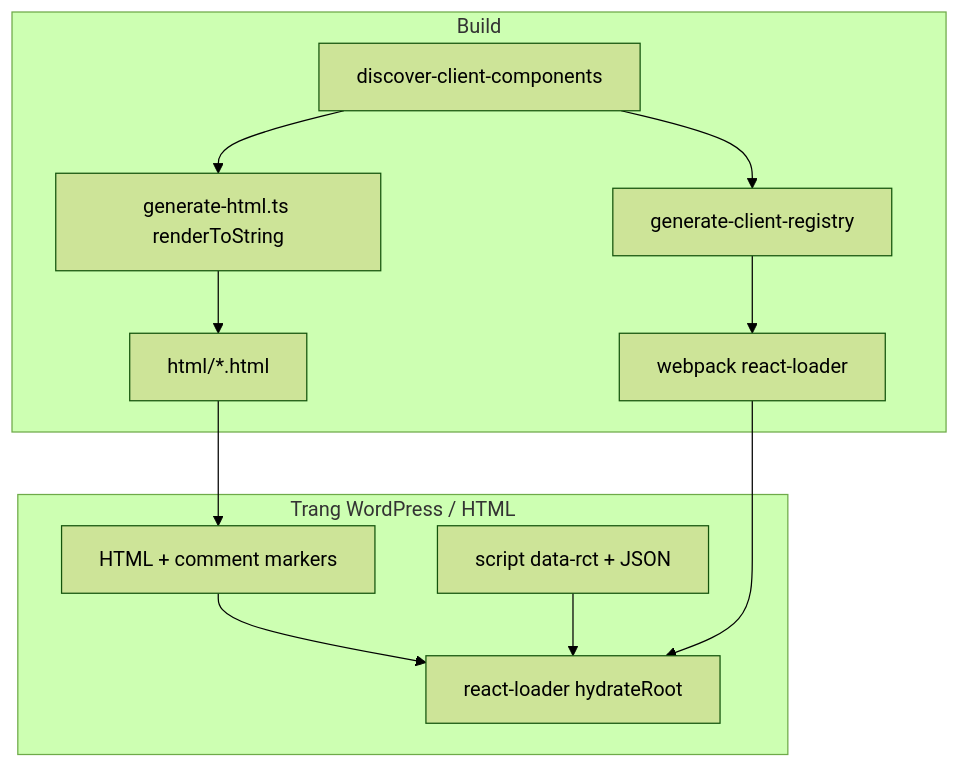
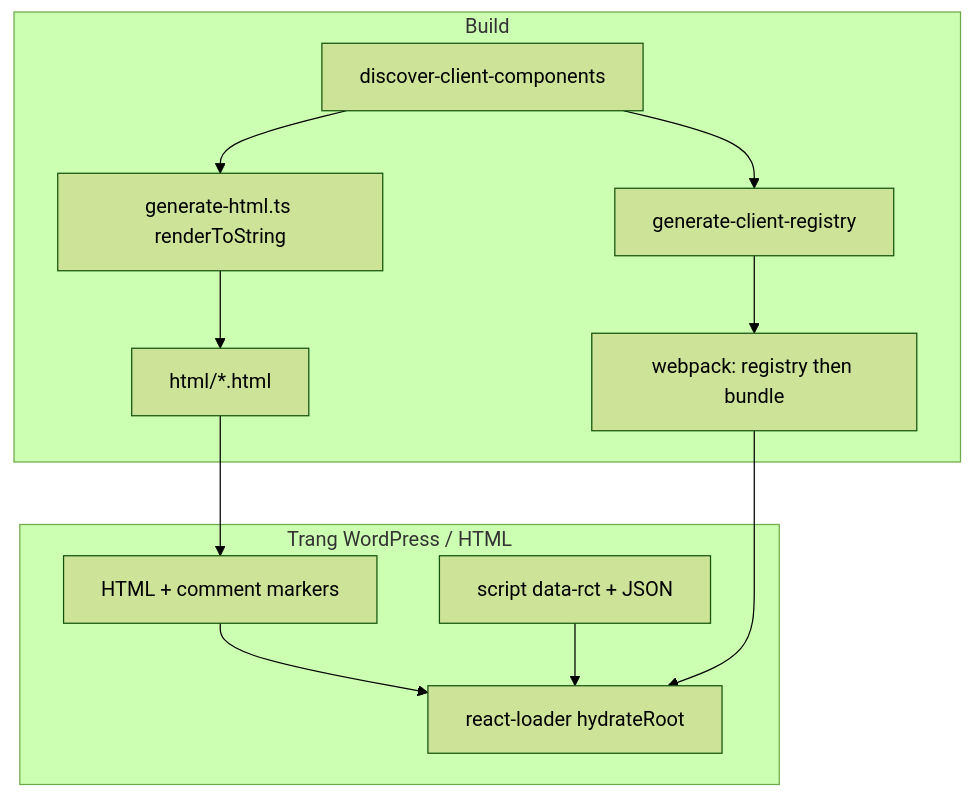
One commit to lehung1109/api-rc changed the diagram in README.md. Above: the diagram before and after it, drawn with Mermaid (forest theme). The commit also changed other lines of this file and 2 other files, not shown here.

Commit message:
Enhance build process by modifying package.json scripts for improved client registry generation; add GenerateClientRegistryPlugin to webpack configuration for automatic registry updates during compilation. Update README to reflect changes in build commands and client component registration flow.

````diff
--- a/README.md
+++ b/README.md
@@ -7,21 +7,22 @@
 ```mermaid
 flowchart TB
   subgraph build [Build]
     discover[discover-client-components]
     registry[generate-client-registry]
     generateHtml[generate-html.ts renderToString]
-    discover --> registry
+    webpack[webpack: registry then bundle]
     discover --> generateHtml
     generateHtml --> htmlFiles[html/*.html]
-    registry --> webpack[webpack react-loader]
+    discover --> registry
+    registry --> webpack
   end
   subgraph runtime [Trang WordPress / HTML]
     staticHtml[HTML + comment markers]
     scriptTag["script data-rct + JSON"]
     hydrate[react-loader hydrateRoot]
     staticHtml --> hydrate
     scriptTag --> hydrate
   end
   htmlFiles --> staticHtml
   webpack --> hydrate
 ```
````
